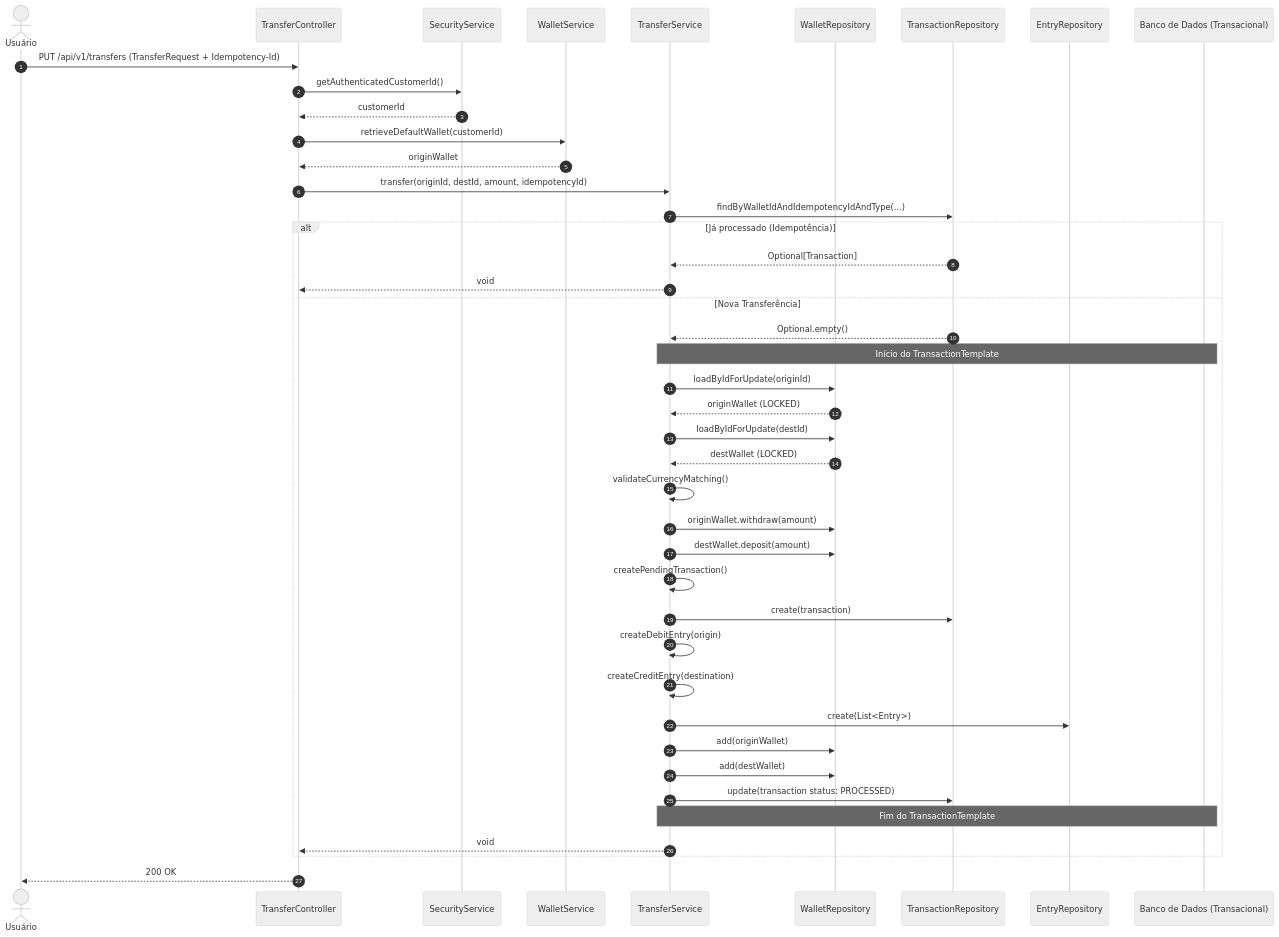
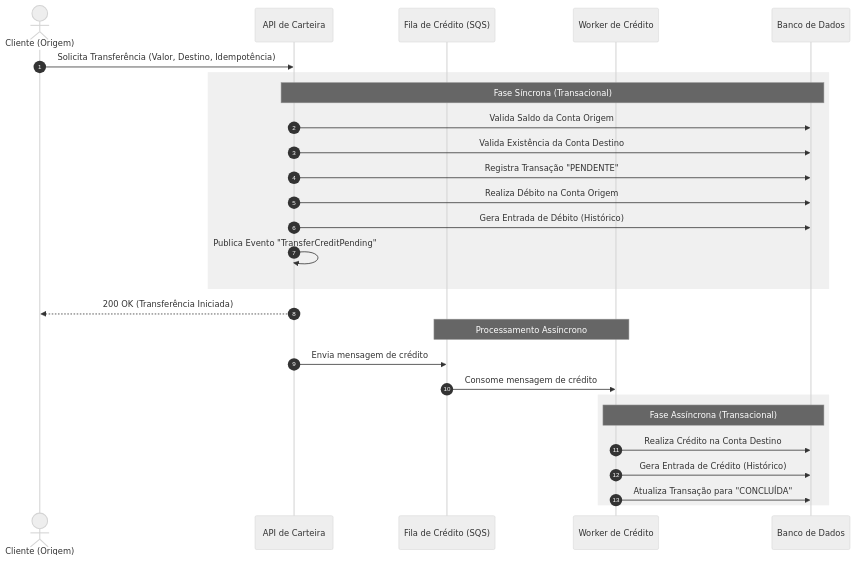
One commit to davidalmeida14/recargapay-wallet-service changed the diagram in docs/sequence-transfer.md. Above: the diagram before and after it, drawn with Mermaid (neutral theme). The commit also changed other lines of this file and 4 other files, not shown here.

Commit message:
Update sequence diagrams in documentation to reflect revised transactional flows and asynchronous processing

````diff
--- a/docs/sequence-transfer.md
+++ b/docs/sequence-transfer.md
@@ -5,57 +5,35 @@
 ```mermaid
 sequenceDiagram
     autonumber
-    actor Usuário
-    participant API as TransferController
-    participant Sec as SecurityService
-    participant WS as WalletService
-    participant TS as TransferService
-    participant WR as WalletRepository
-    participant TR as TransactionRepository
-    participant ER as EntryRepository
-    participant DB as Banco de Dados (Transacional)
+    actor Cliente as Cliente (Origem)
+    participant API as API de Carteira
+    participant SQS as Fila de Crédito (SQS)
+    participant Worker as Worker de Crédito
+    participant DB as Banco de Dados
 
-    Usuário->>API: PUT /api/v1/transfers (TransferRequest + Idempotency-Id)
-    API->>Sec: getAuthenticatedCustomerId()
-    Sec-->>API: customerId
-    API->>WS: retrieveDefaultWallet(customerId)
-    WS-->>API: originWallet
+    Cliente->>API: Solicita Transferência (Valor, Destino, Idempotência)
     
-    API->>TS: transfer(originId, destId, amount, idempotencyId)
-    
-    TS->>TR: findByWalletIdAndIdempotencyIdAndType(...)
-    alt Já processado (Idempotência)
-        TR-->>TS: Optional[Transaction]
-        TS-->>API: void
-    else Nova Transferência
-        TR-->>TS: Optional.empty()
-        
-        Note over TS, DB: Início do TransactionTemplate
-        TS->>WR: loadByIdForUpdate(originId)
-        WR-->>TS: originWallet (LOCKED)
-        TS->>WR: loadByIdForUpdate(destId)
-        WR-->>TS: destWallet (LOCKED)
-        
-        TS->>TS: validateCurrencyMatching()
-        
-        TS->>WR: originWallet.withdraw(amount)
-        TS->>WR: destWallet.deposit(amount)
-        
-        TS->>TS: createPendingTransaction()
-        TS->>TR: create(transaction)
-        
-        TS->>TS: createDebitEntry(origin)
-        TS->>TS: createCreditEntry(destination)
-        TS->>ER: create(List<Entry>)
-        
-        TS->>WR: add(originWallet)
-        TS->>WR: add(destWallet)
-        
-        TS->>TR: update(transaction status: PROCESSED)
-        Note over TS, DB: Fim do TransactionTemplate
-        
-        TS-->>API: void
+    rect rgb(240, 240, 240)
+        Note over API, DB: Fase Síncrona (Transacional)
+        API->>DB: Valida Saldo da Conta Origem
+        API->>DB: Valida Existência da Conta Destino
+        API->>DB: Registra Transação "PENDENTE"
+        API->>DB: Realiza Débito na Conta Origem
+        API->>DB: Gera Entrada de Débito (Histórico)
+        API->>API: Publica Evento "TransferCreditPending"
     end
-    
-    API-->>Usuário: 200 OK
+
+    API-->>Cliente: 200 OK (Transferência Iniciada)
+
+    Note over SQS, Worker: Processamento Assíncrono
+
+    API->>SQS: Envia mensagem de crédito
+    SQS->>Worker: Consome mensagem de crédito
+
+    rect rgb(240, 240, 240)
+        Note over Worker, DB: Fase Assíncrona (Transacional)
+        Worker->>DB: Realiza Crédito na Conta Destino
+        Worker->>DB: Gera Entrada de Crédito (Histórico)
+        Worker->>DB: Atualiza Transação para "CONCLUÍDA"
+    end
 ```
````
